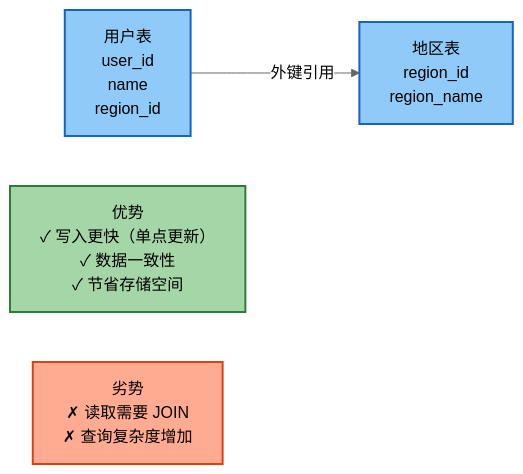
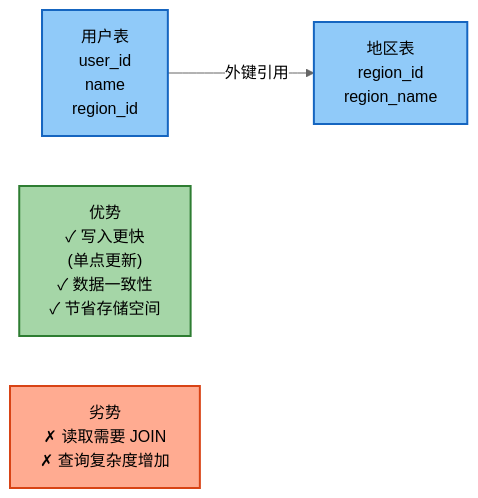
Before and after one commit to HenryThomas9587/henry.github.io: the fourth of 11 diagrams in docs/notes/ddia/part1-foundations/chapter-03.md, drawn with Mermaid (neutral theme). The commit also changed other lines of this file and 11 other files, not shown here.

First line of the commit message:
fix(ddia): 修复 VuePress 构建错误和 mermaid 图表文字截断问题

````diff
--- a/docs/notes/ddia/part1-foundations/chapter-03.md
+++ b/docs/notes/ddia/part1-foundations/chapter-03.md
@@ -157,15 +159,15 @@
 ```mermaid
 graph LR
     A["用户表<br/>user_id<br/>name<br/>region_id"]
     B["地区表<br/>region_id<br/>region_name"]
 
     A -->|外键引用| B
 
-    C["优势<br/>✓ 写入更快（单点更新）<br/>✓ 数据一致性<br/>✓ 节省存储空间"]
+    C["优势<br/>✓ 写入更快<br/>  (单点更新)<br/>✓ 数据一致性<br/>✓ 节省存储空间"]
     D["劣势<br/>✗ 读取需要 JOIN<br/>✗ 查询复杂度增加"]
 
     style A fill:#90CAF9,stroke:#1565C0,stroke-width:2px
     style B fill:#90CAF9,stroke:#1565C0,stroke-width:2px
     style C fill:#A5D6A7,stroke:#2E7D32,stroke-width:2px
     style D fill:#FFAB91,stroke:#D84315,stroke-width:2px
 ```
````
